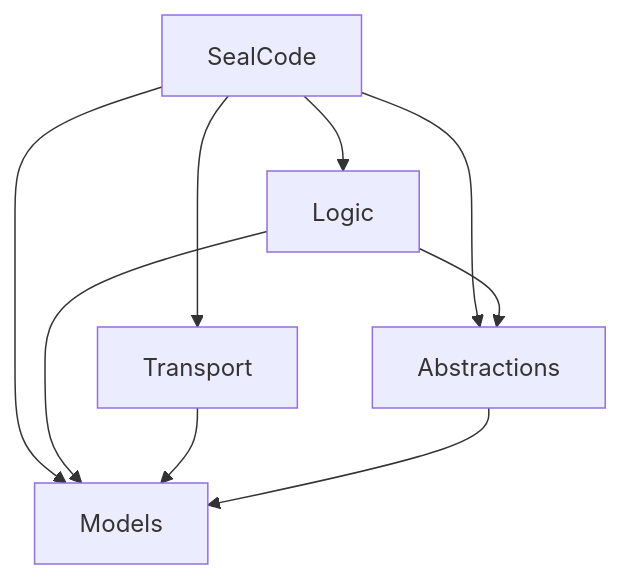
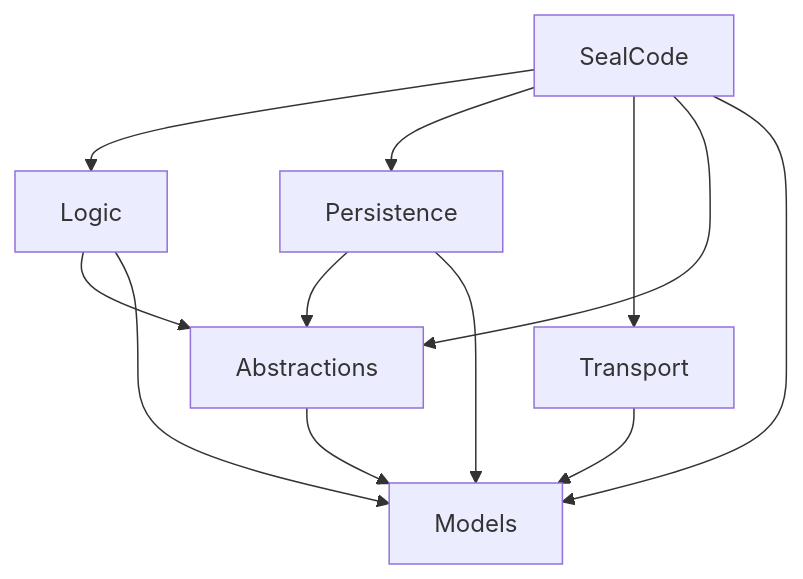
One commit to ntulenev/SealCode changed the first of 9 diagrams in docs/backend.md. Above: the diagram before and after it, drawn with Mermaid. The commit also changed other lines of this file and 71 other files, not shown here.

````diff
--- a/docs/backend.md
+++ b/docs/backend.md
@@ -44,11 +45,14 @@
 ```mermaid
 flowchart TD
     SealCode --> Logic
+    SealCode --> Persistence
+    Persistence --> Abstractions
+    Persistence --> Models
     SealCode --> Transport
     SealCode --> Abstractions
     SealCode --> Models
     Logic --> Abstractions
     Logic --> Models
     Transport --> Models
     Abstractions --> Models
 ```
````
